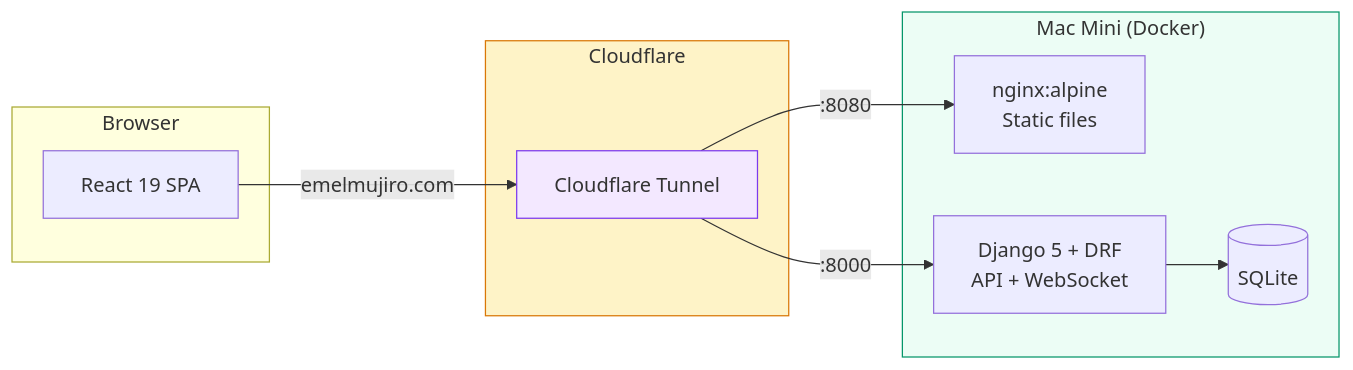
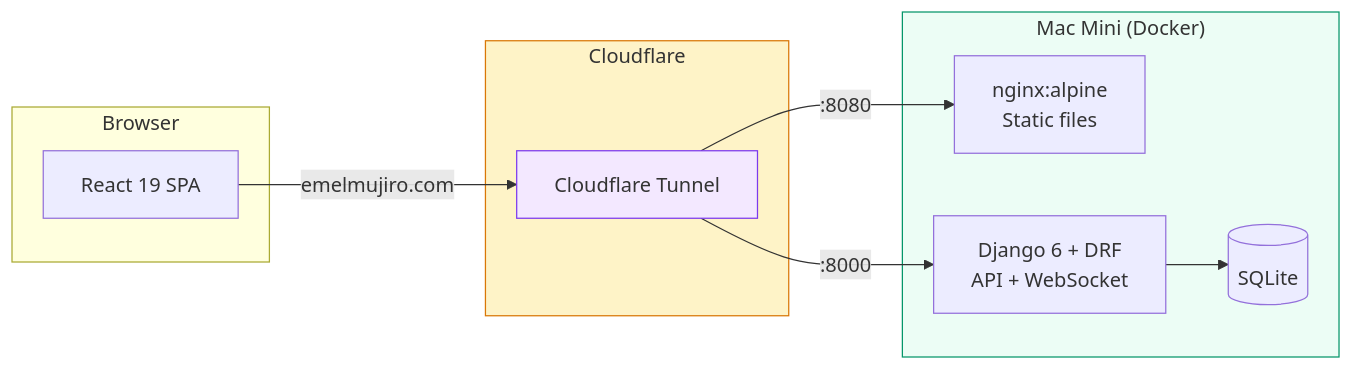
One commit to researcherhojin/emelmujiro changed the diagram in README.md. Above: the diagram before and after it, drawn with Mermaid. The commit also changed other lines of this file and 3 other files, not shown here.

````diff
--- a/README.md
+++ b/README.md
@@ -68,25 +68,25 @@
 ```mermaid
 graph LR
     subgraph Client["Browser"]
         React["React 19 SPA"]
     end
 
     subgraph CF["Cloudflare"]
         Tunnel["Cloudflare Tunnel"]
     end
 
     subgraph MacMini["Mac Mini (Docker)"]
         Nginx["nginx:alpine\nStatic files"]
-        DRF["Django 5 + DRF\nAPI + WebSocket"]
+        DRF["Django 6 + DRF\nAPI + WebSocket"]
         DB[(SQLite)]
     end
 
     React -->|emelmujiro.com| Tunnel
     Tunnel -->|:8080| Nginx
     Tunnel -->|:8000| DRF
     DRF --> DB
 
     style Tunnel fill:#F3E8FF,stroke:#7C3AED
     style MacMini fill:#ECFDF5,stroke:#059669
     style CF fill:#FEF3C7,stroke:#D97706
 ```
````
